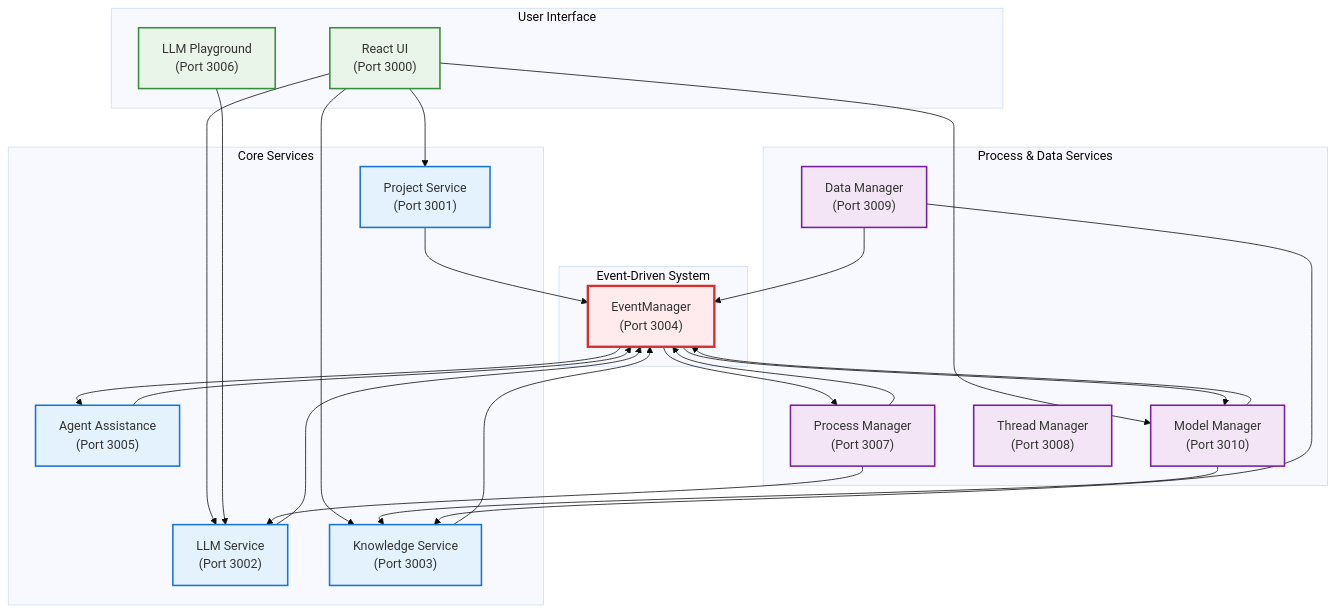
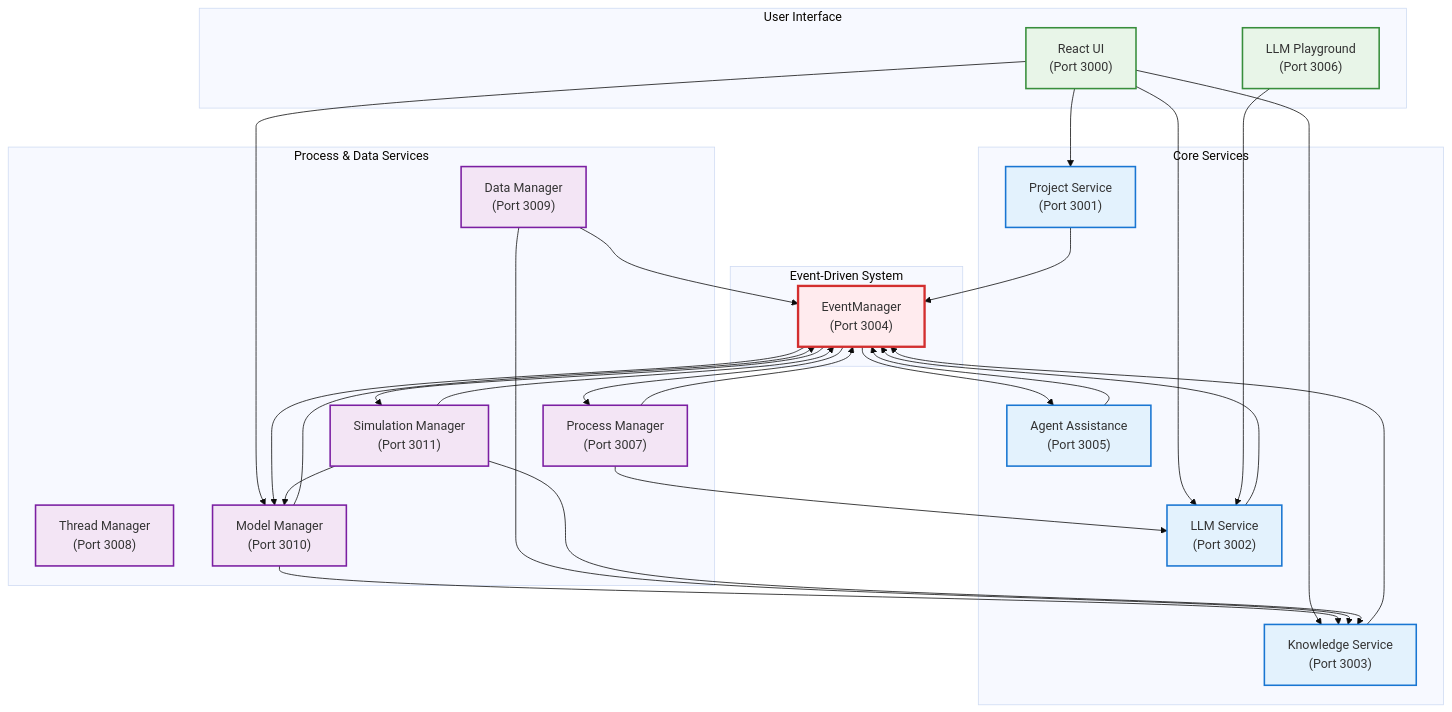
One commit to laserpointlabs/dadms changed the first of 2 diagrams in docs/architecture/README.md. Above: the diagram before and after it, drawn with Mermaid (base theme). The commit also changed other lines of this file and 9 other files, not shown here.

First line of the commit message:
feat: Add Simulation Manager API documentation and architecture updates

````diff
--- a/docs/architecture/README.md
+++ b/docs/architecture/README.md
@@ -17,62 +17,67 @@
 ```mermaid
 %%{init: { 'flowchart': { 'curve': 'orthogonal' }}}%%
 flowchart TD
     subgraph UI["User Interface"]
         WebUI["React UI<br/>(Port 3000)"]
         Playground["LLM Playground<br/>(Port 3006)"]
     end
     
     subgraph CoreServices["Core Services"]
         ProjectService["Project Service<br/>(Port 3001)"]
         LLMService["LLM Service<br/>(Port 3002)"]
         KnowledgeService["Knowledge Service<br/>(Port 3003)"]
         AAS["Agent Assistance<br/>(Port 3005)"]
     end
     
     subgraph EventSystem["Event-Driven System"]
         EventManager["EventManager<br/>(Port 3004)"]
     end
     
     subgraph ProcessServices["Process & Data Services"]
         ProcessManager["Process Manager<br/>(Port 3007)"]
         ThreadManager["Thread Manager<br/>(Port 3008)"]
         DataManager["Data Manager<br/>(Port 3009)"]
         ModelManager["Model Manager<br/>(Port 3010)"]
+        SimulationManager["Simulation Manager<br/>(Port 3011)"]
     end
     
     %% UI connections
     WebUI --> ProjectService
     WebUI --> KnowledgeService
     WebUI --> LLMService
     WebUI --> ModelManager
     Playground --> LLMService
     
     %% Service to EventManager connections
     ProjectService --> EventManager
     LLMService --> EventManager
     KnowledgeService --> EventManager
     AAS --> EventManager
     ProcessManager --> EventManager
     DataManager --> EventManager
     ModelManager --> EventManager
+    SimulationManager --> EventManager
     
     %% EventManager back to services
     EventManager --> AAS
     EventManager --> ProcessManager
     EventManager --> ModelManager
+    EventManager --> SimulationManager
     
     %% Service interconnections
     ProcessManager --> LLMService
     ModelManager --> KnowledgeService
     DataManager --> KnowledgeService
+    SimulationManager --> ModelManager
+    SimulationManager --> KnowledgeService
     
     classDef ui fill:#e8f5e8,stroke:#388e3c,stroke-width:2px;
     classDef core fill:#e3f2fd,stroke:#1976d2,stroke-width:2px;
     classDef event fill:#ffebee,stroke:#d32f2f,stroke-width:3px;
     classDef process fill:#f3e5f5,stroke:#7b1fa2,stroke-width:2px;
     
     class WebUI,Playground ui;
     class ProjectService,LLMService,KnowledgeService,AAS core;
     class EventManager event;
-    class ProcessManager,ThreadManager,DataManager,ModelManager process;
+    class ProcessManager,ThreadManager,DataManager,ModelManager,SimulationManager process;
 ```
````
